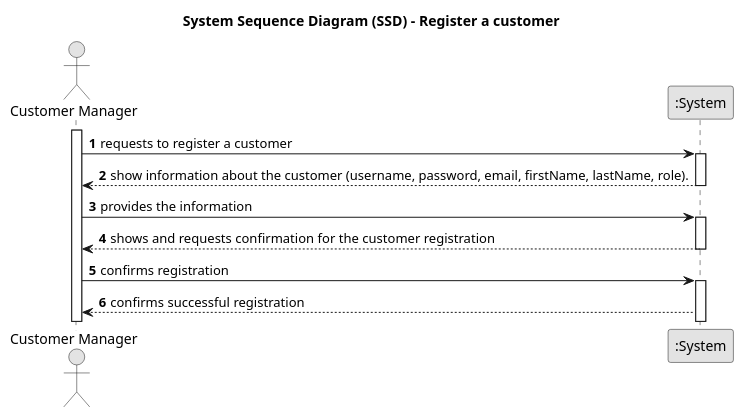
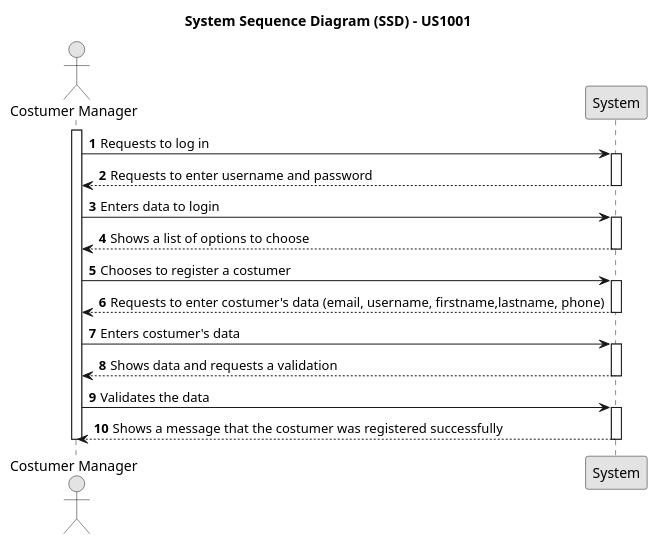
One commit to marcoferreira37/Lapr4 changed the diagram in docs/sprintB/1001/1001-system-sequence-diagram.puml. Above: the diagram before and after it, drawn with PlantUML. The commit also changed 11 other files, not shown here.

```diff
--- a/docs/sprintB/1001/1001-system-sequence-diagram.puml
+++ b/docs/sprintB/1001/1001-system-sequence-diagram.puml
@@ -1,35 +1,56 @@
 @startuml
 skinparam monochrome true
 skinparam packageStyle rectangle
 skinparam shadowing false
 
-title System Sequence Diagram (SSD) - Register a customer
+title System Sequence Diagram (SSD) - US1001
 
 autonumber
 
-actor "Customer Manager" as Manager
-participant ":System" as System
+actor "Costumer Manager" as CM
+participant "System" as System
 
-activate Manager
+activate CM
+CM -> System: Requests to log in
 
-    Manager -> System : requests to register a customer
-    activate System
+activate System
 
-    System --> Manager : show information about the customer (username, password, email, firstName, lastName, role).
+System --> CM: Requests to enter username and password
 
-    deactivate System
+deactivate System
 
-    Manager -> System : provides the information
+CM -> System: Enters data to login
 
-    activate System
+activate System
 
+System --> CM: Shows a list of options to choose
 
-        System --> Manager : shows and requests confirmation for the customer registration
-        deactivate System
+deactivate System
 
-        Manager -> System : confirms registration
-        activate System
+CM -> System: Chooses to register a costumer
 
-        System --> Manager : confirms successful registration
+activate System
+
+System --> CM: Requests to enter costumer's data (email, username, firstname,lastname, phone)
+
+deactivate System
+
+CM -> System: Enters costumer's data
+
+activate System
+
+System --> CM: Shows data and requests a validation
+
+deactivate System
+
+CM -> System: Validates the data
+
+activate System
+
+System --> CM: Shows a message that the costumer was registered successfully
+
+deactivate System
+
+deactivate CM
 
 @enduml
```
